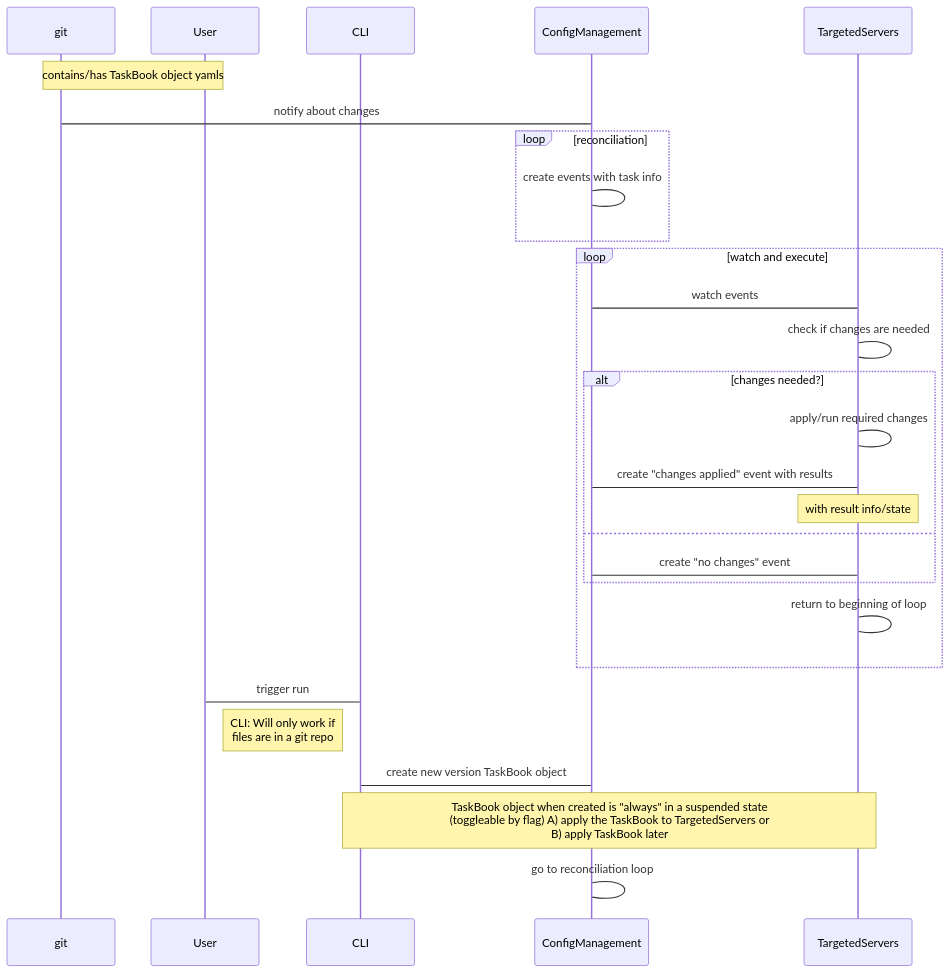
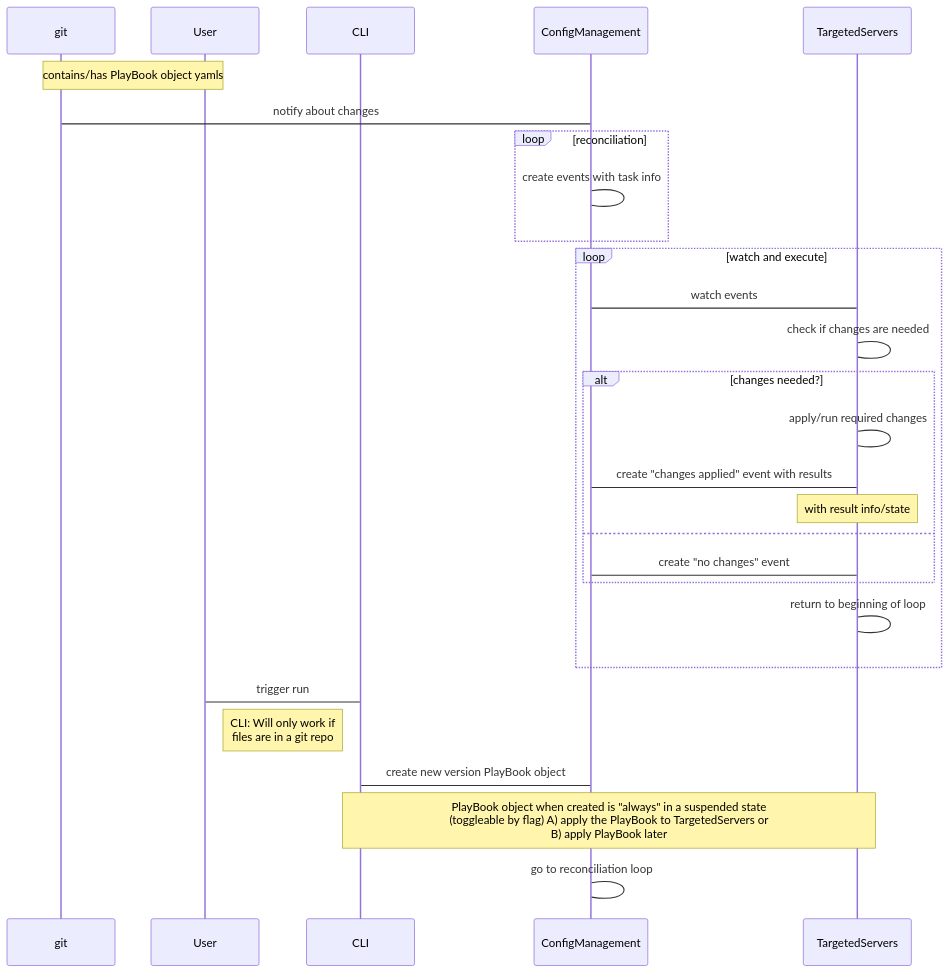
Before and after one commit to galexrt/edenconfmgmt: the diagram in docs/design/v0.1/flow.mmd, drawn with Mermaid. The commit also changed 208 other files, not shown here.

```diff
--- a/docs/design/v0.1/flow.mmd
+++ b/docs/design/v0.1/flow.mmd
@@ -1,28 +1,28 @@
 sequenceDiagram
     participant git
     participant User
     participant CLI
     participant ConfigManagement
     participant TargetedServers
-    Note over git,User: contains/has TaskBook object yamls
+    Note over git,User: contains/has PlayBook object yamls
     git->ConfigManagement: notify about changes
     loop reconciliation
         ConfigManagement->ConfigManagement: create events with task info
     end
     loop watch and execute
         TargetedServers->ConfigManagement: watch events
         TargetedServers->TargetedServers: check if changes are needed
         alt changes needed?
             TargetedServers->TargetedServers: apply/run required changes
             TargetedServers->ConfigManagement: create "changes applied" event with results
             Note over TargetedServers,TargetedServers: with result info/state
         else
             TargetedServers->ConfigManagement: create "no changes" event
         end
         TargetedServers->TargetedServers: return to beginning of loop
     end
     User->CLI: trigger run
     Note left of CLI: CLI: Will only work if<br/>files are in a git repo
-    CLI->ConfigManagement: create new version TaskBook object
-    Note over CLI,TargetedServers: TaskBook object when created is "always" in a suspended state<br/>(toggleable by flag) A) apply the TaskBook to TargetedServers or<br/>B) apply TaskBook later
+    CLI->ConfigManagement: create new version PlayBook object
+    Note over CLI,TargetedServers: PlayBook object when created is "always" in a suspended state<br/>(toggleable by flag) A) apply the PlayBook to TargetedServers or<br/>B) apply PlayBook later
     ConfigManagement->ConfigManagement: go to reconciliation loop
```
